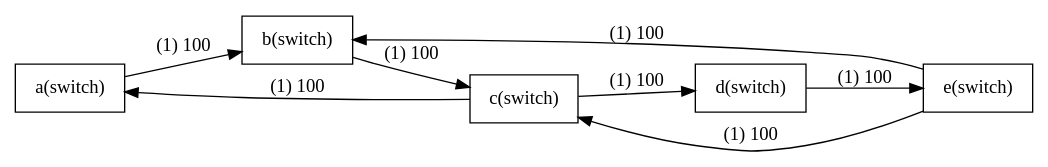
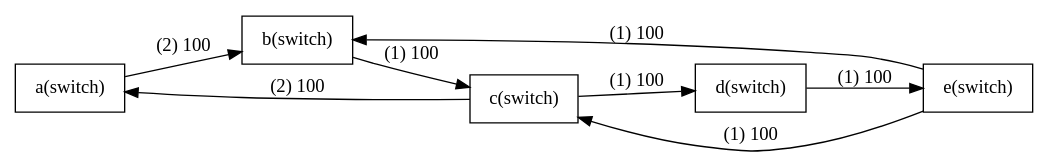
One commit to plusline/2019-spring-gt changed the diagram in plot.dot. Above: the diagram before and after it, drawn with Graphviz. The commit also changed 2 other files, not shown here.

```diff
--- a/plot.dot
+++ b/plot.dot
@@ -1,27 +1,27 @@
 digraph G{
 rankdir=LR;
 node [shape=record];
 
 a [label="a(switch)"];
 b [label="b(switch)"];
-a->b[label="(1) 100"];
+a->b[label="(2) 100"];
 b [label="b(switch)"];
 c [label="c(switch)"];
 b->c[label="(1) 100"];
 e [label="e(switch)"];
 b [label="b(switch)"];
 e->b[label="(1) 100"];
 c [label="c(switch)"];
 a [label="a(switch)"];
-c->a[label="(1) 100"];
+c->a[label="(2) 100"];
 e [label="e(switch)"];
 c [label="c(switch)"];
 e->c[label="(1) 100"];
 d [label="d(switch)"];
 e [label="e(switch)"];
 d->e[label="(1) 100"];
 c [label="c(switch)"];
 d [label="d(switch)"];
 c->d[label="(1) 100"];
 
 }
```
